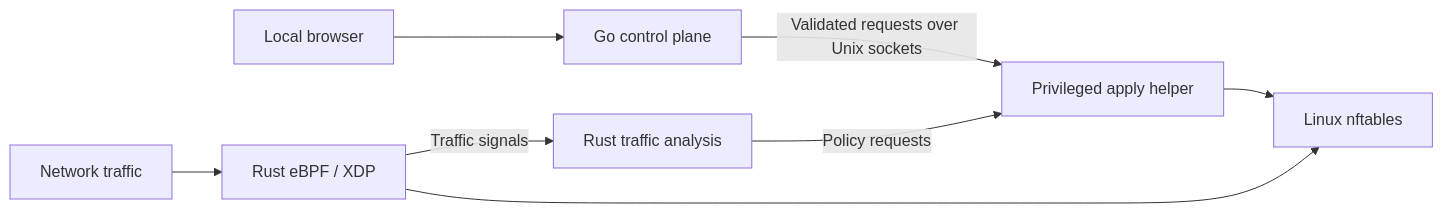
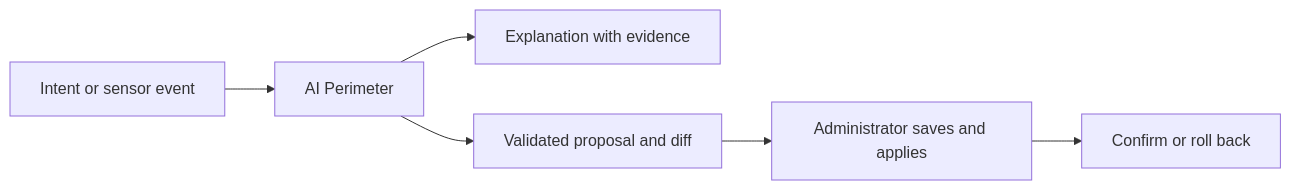
The diagram in README.md (starsmash29/FR_OS-Community), drawn with Mermaid before and after one commit. The commit also changed other lines of this file and 3 other files, not shown here.

Commit message:
Present the unified FR_OS Community Edition with branded graphics

````diff
--- a/README.md
+++ b/README.md
@@ -63,10 +78,8 @@
 ```mermaid
 flowchart LR
-    Admin["Local browser"] --> UI["Go control plane"]
-    UI -->|"Validated requests over Unix sockets"| Helper["Privileged apply helper"]
-    Helper --> Rules["Linux nftables"]
-    Traffic["Network traffic"] --> XDP["Rust eBPF / XDP"]
-    XDP --> Rules
-    XDP -->|"Traffic signals"| Sensors["Rust traffic analysis"]
-    Sensors -->|"Policy requests"| Helper
+    A["Intent or sensor event"] --> B["AI Perimeter"]
+    B --> C["Explanation with evidence"]
+    B --> D["Validated proposal and diff"]
+    D --> E["Administrator saves and applies"]
+    E --> F["Confirm or roll back"]
 ```
````
